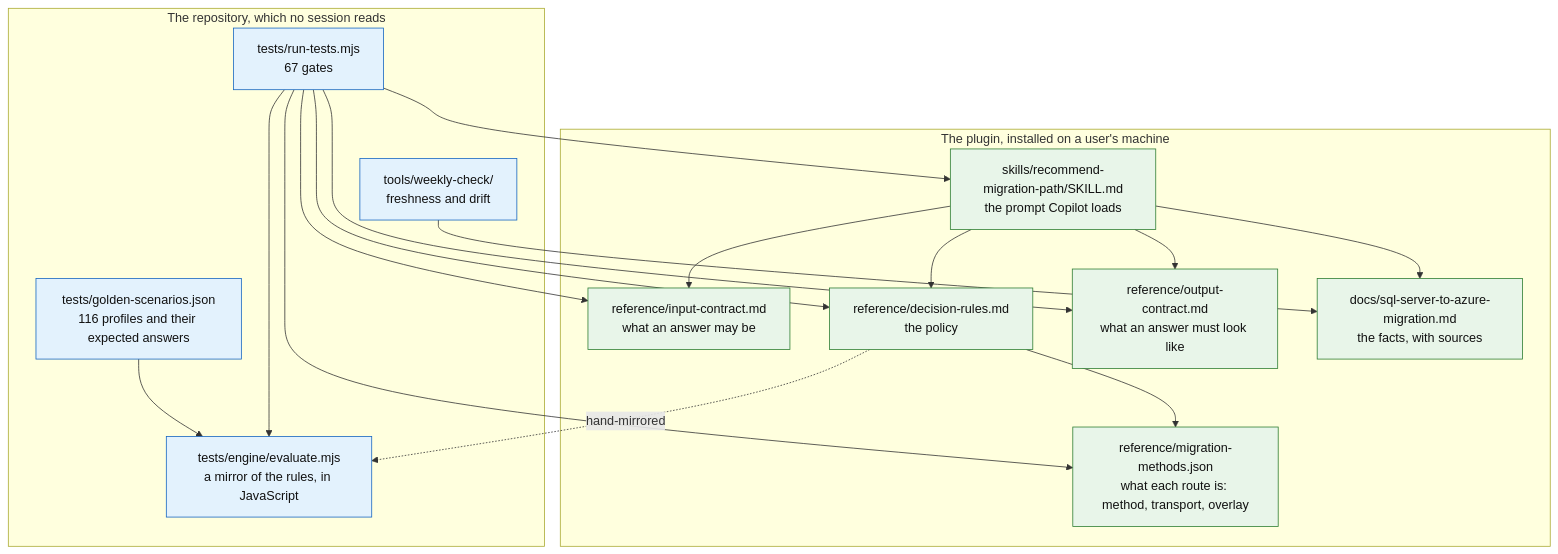
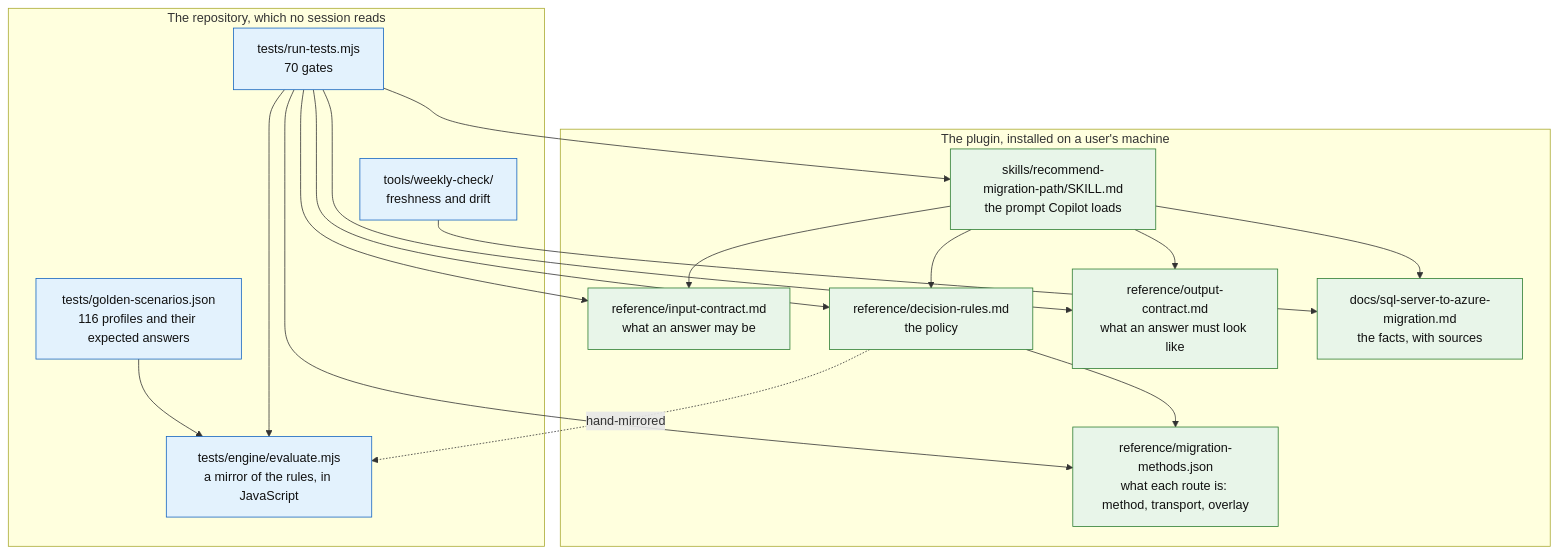
The first of 3 diagrams in docs/ARCHITECTURE.md (fredgis/sql-migration-advisor), drawn with Mermaid before and after one commit. The commit also changed other lines of this file and 25 other files, not shown here.

````diff
--- a/docs/ARCHITECTURE.md
+++ b/docs/ARCHITECTURE.md
@@ -28,38 +28,38 @@
 ```mermaid
 flowchart TD
     subgraph plugin["The plugin, installed on a user's machine"]
       SK["skills/recommend-migration-path/SKILL.md<br/>the prompt Copilot loads"]
       IC["reference/input-contract.md<br/>what an answer may be"]
       DR["reference/decision-rules.md<br/>the policy"]
       OC["reference/output-contract.md<br/>what an answer must look like"]
       MM["reference/migration-methods.json<br/>what each route is: method, transport, overlay"]
       KB["docs/sql-server-to-azure-migration.md<br/>the facts, with sources"]
     end
 
     subgraph repo["The repository, which no session reads"]
       EN["tests/engine/evaluate.mjs<br/>a mirror of the rules, in JavaScript"]
       GS["tests/golden-scenarios.json<br/>116 profiles and their expected answers"]
-      GA["tests/run-tests.mjs<br/>67 gates"]
+      GA["tests/run-tests.mjs<br/>70 gates"]
       WK["tools/weekly-check/<br/>freshness and drift"]
     end
 
     SK --> IC
     SK --> DR
     SK --> OC
     SK --> KB
     DR --> MM
     DR -.->|hand-mirrored| EN
     GS --> EN
     GA --> EN
     GA --> SK
     GA --> IC
     GA --> DR
     GA --> OC
     GA --> MM
     WK --> KB
 
     classDef live fill:#e8f5e9,stroke:#2e7d32,color:#111
     classDef test fill:#e3f2fd,stroke:#1565c0,color:#111
     class SK,IC,DR,OC,KB,MM live
     class EN,GS,GA,WK test
 ```
````
